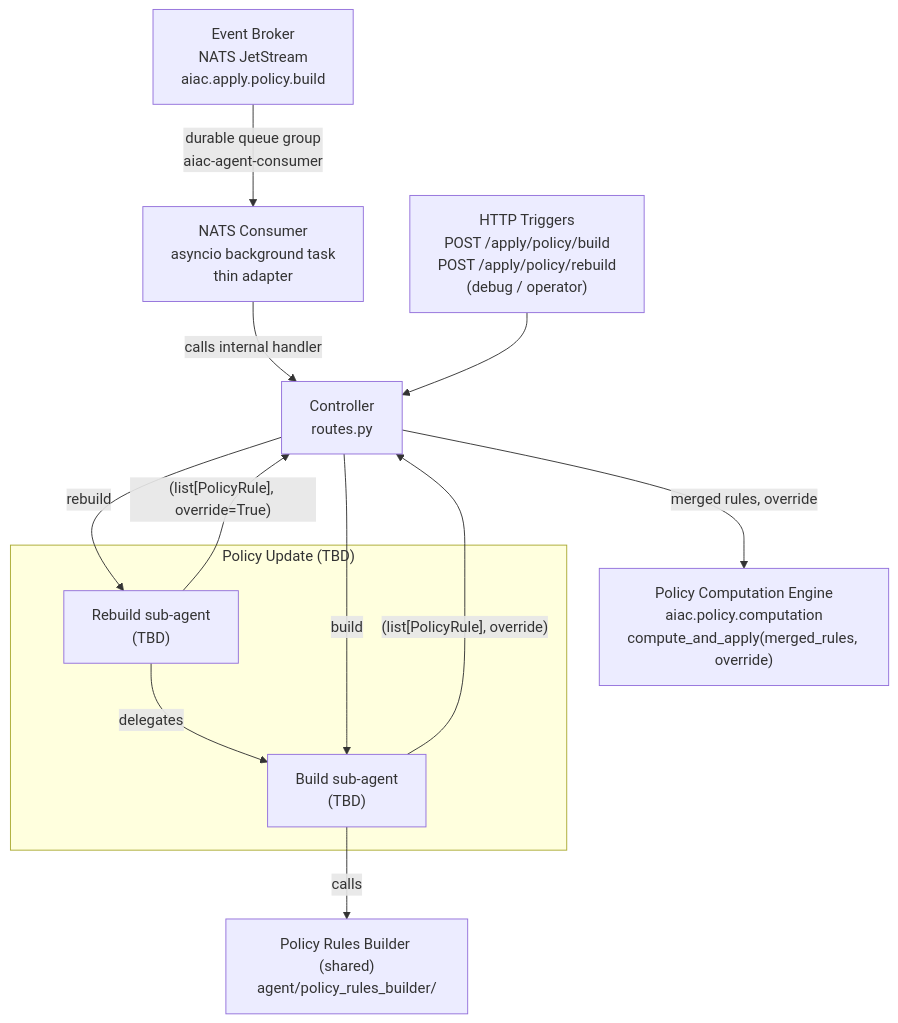
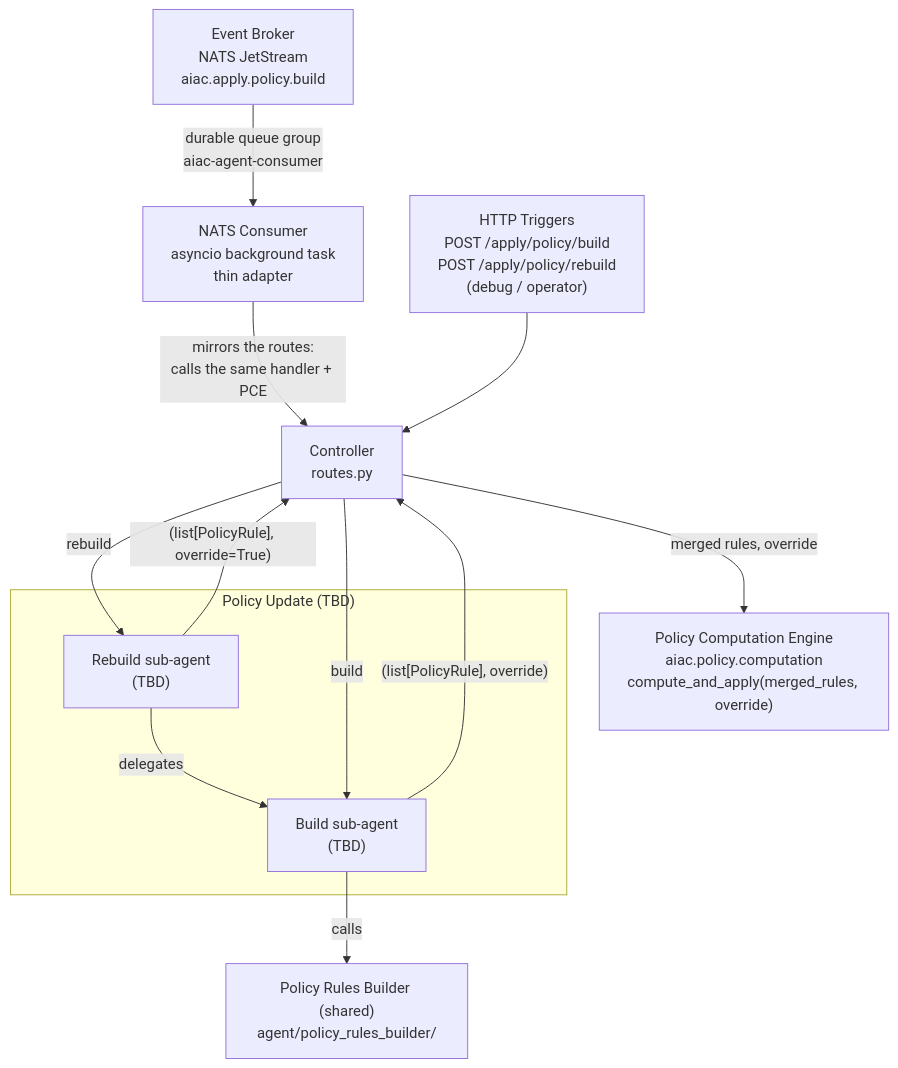
One commit to rossoctl/aiac changed the diagram in docs/specs/components/aiac-agent/uc2-policy-update.md. Above: the diagram before and after it, drawn with Mermaid. The commit also changed other lines of this file and 33 other files, not shown here.

````diff
--- a/docs/specs/components/aiac-agent/uc2-policy-update.md
+++ b/docs/specs/components/aiac-agent/uc2-policy-update.md
@@ -19,28 +21,28 @@
 ```mermaid
 flowchart TD
     NATS["Event Broker\nNATS JetStream\naiac.apply.policy.build"]
     NATS_CONSUMER["NATS Consumer\nasyncio background task\nthin adapter"]
     TRIGGERS["HTTP Triggers\nPOST /apply/policy/build\nPOST /apply/policy/rebuild\n(debug / operator)"]
     CTRL["Controller\nroutes.py"]
 
     NATS -->|"durable queue group\naiac-agent-consumer"| NATS_CONSUMER
-    NATS_CONSUMER -->|"calls internal handler"| CTRL
+    NATS_CONSUMER -->|"mirrors the routes:\ncalls the same handler + PCE"| CTRL
     TRIGGERS --> CTRL
 
     subgraph PU["Policy Update (TBD)"]
         SA_BUILD["Build sub-agent\n(TBD)"]
         SA_REBUILD["Rebuild sub-agent\n(TBD)"]
     end
 
     PRB["Policy Rules Builder (shared)\nagent/policy_rules_builder/"]
     PCE["Policy Computation Engine\naiac.policy.computation\ncompute_and_apply(merged_rules, override)"]
 
     SA_REBUILD -->|"delegates"| SA_BUILD
     SA_BUILD -->|"calls"| PRB
 
     CTRL -->|"build"| SA_BUILD
     CTRL -->|"rebuild"| SA_REBUILD
     SA_BUILD -->|"(list[PolicyRule], override)"| CTRL
     SA_REBUILD -->|"(list[PolicyRule], override=True)"| CTRL
     CTRL -->|"merged rules, override"| PCE
 ```
````
